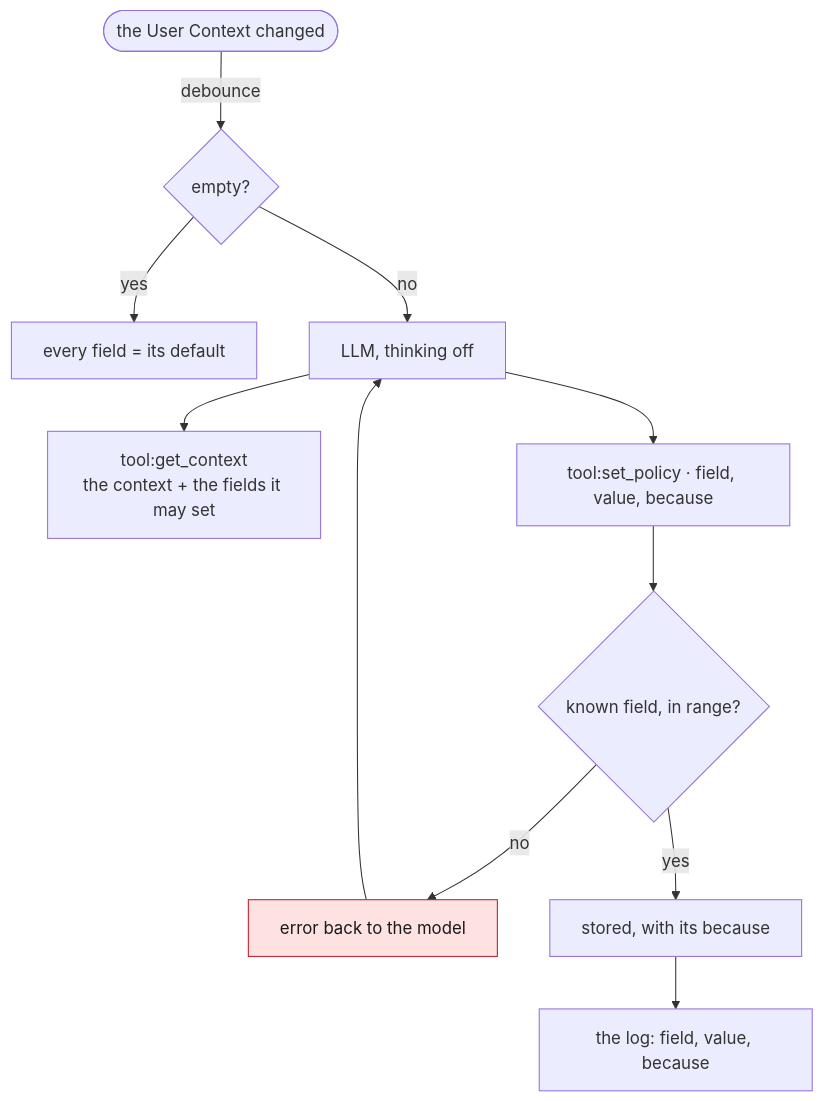
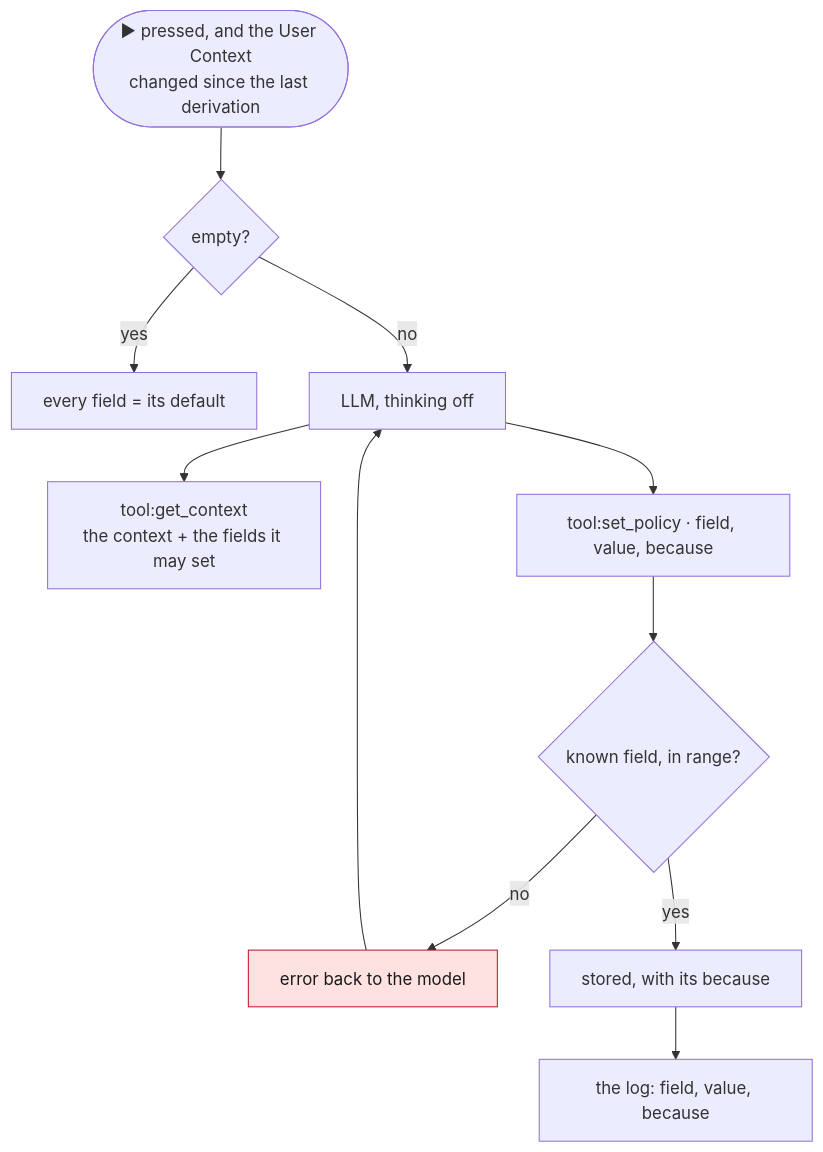
One commit to tbocek/naivepost changed the sixth of 12 diagrams in spec/03-shell.md. Above: the diagram before and after it, drawn with Mermaid. The commit also changed other lines of this file and 87 other files, not shown here.

````diff
--- a/spec/03-shell.md
+++ b/spec/03-shell.md
@@ -142,15 +142,15 @@
 ```mermaid
 flowchart TD
-  A(["the User Context changed"]) -->|debounce| B{"empty?"}
+  A(["▶ pressed, and the User Context<br/>changed since the last derivation"]) --> B{"empty?"}
   B -- yes --> DEF["every field = its default"]
   B -- no --> M["LLM, thinking off"]
   M --> G["tool:get_context<br/>the context + the fields it may set"]
   M --> S["tool:set_policy · field, value, because"]
   S --> V{"known field, in range?"}
   V -- no --> ERR["error back to the model"]:::refuse
   ERR --> M
   V -- yes --> ST["stored, with its because"]
   ST --> L["the log: field, value, because"]
   classDef refuse fill:#fde2e1,stroke:#c01c28,color:#1a1a1a
   classDef done fill:#e3f1e6,stroke:#2e7d32,color:#1a1a1a
 ```
````
